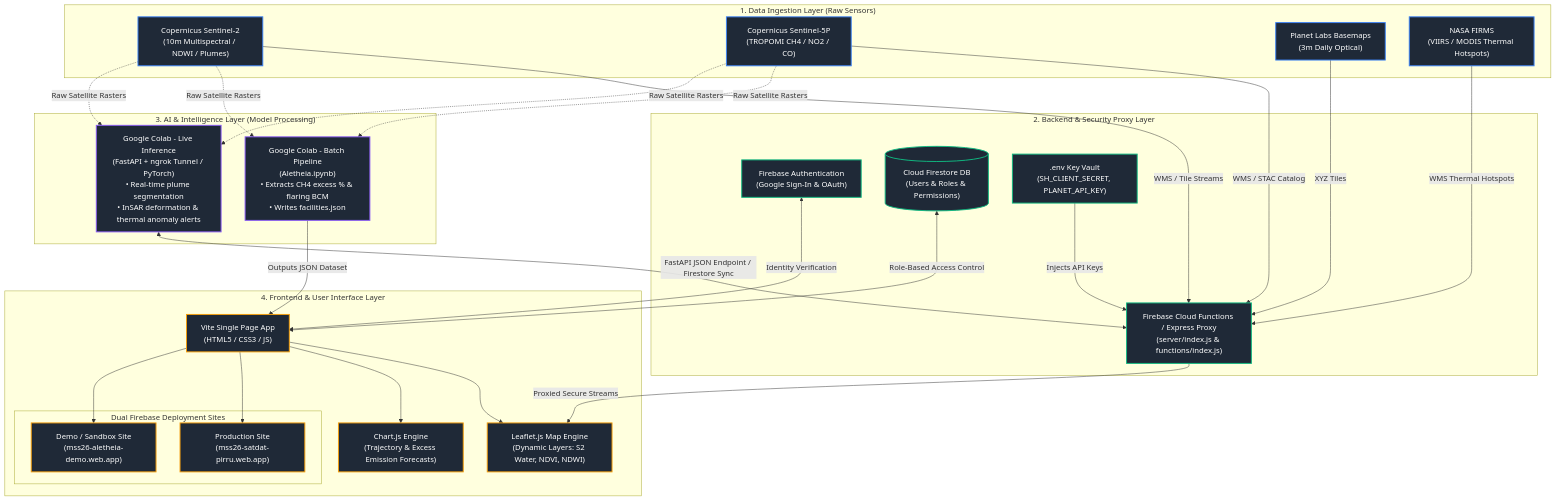
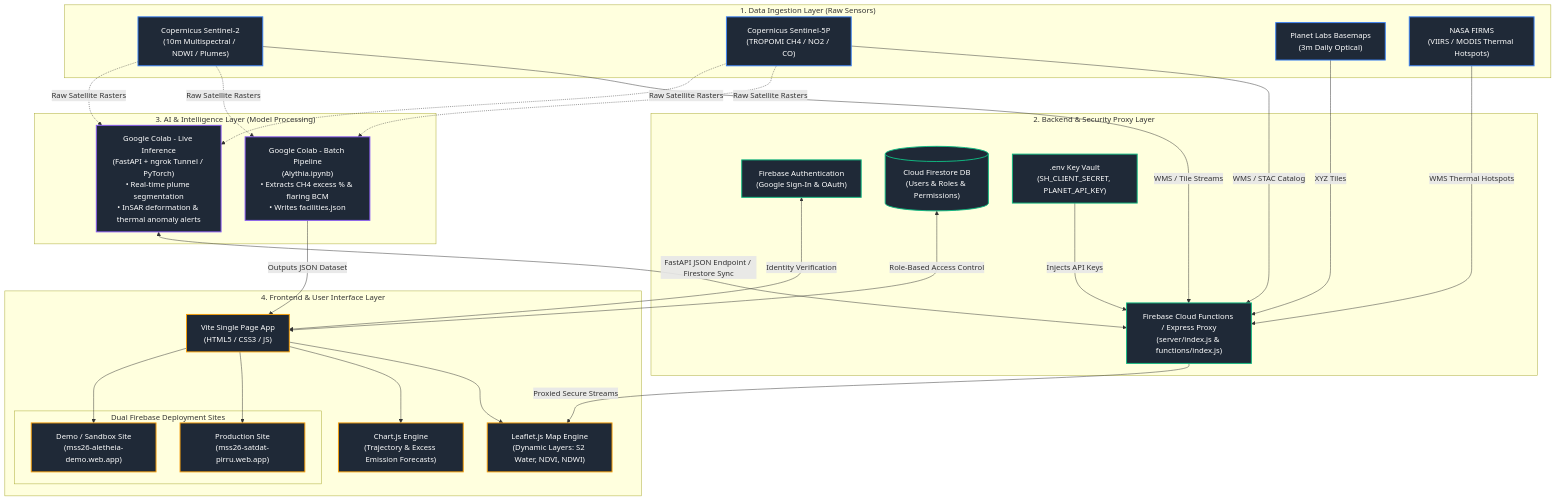
Before and after one commit to pirru1004/Aletheia: the diagram in ARCHITECTURE.md, drawn with Mermaid. The commit also changed other lines of this file and 12 other files, not shown here.

````diff
--- a/ARCHITECTURE.md
+++ b/ARCHITECTURE.md
@@ -9,62 +9,62 @@
 ```mermaid
 flowchart TD
     %% Define Styles
     classDef dataLayer fill:#1f2937,stroke:#3b82f6,stroke-width:2px,color:#fff
     classDef backendLayer fill:#1f2937,stroke:#10b981,stroke-width:2px,color:#fff
     classDef aiLayer fill:#1f2937,stroke:#8b5cf6,stroke-width:2px,color:#fff
     classDef frontLayer fill:#1f2937,stroke:#f59e0b,stroke-width:2px,color:#fff
 
     subgraph L1["1. Data Ingestion Layer (Raw Sensors)"]
         S2["Copernicus Sentinel-2<br/>(10m Multispectral / NDWI / Plumes)"]:::dataLayer
         S5P["Copernicus Sentinel-5P<br/>(TROPOMI CH4 / NO2 / CO)"]:::dataLayer
         PL["Planet Labs Basemaps<br/>(3m Daily Optical)"]:::dataLayer
         FIRMS["NASA FIRMS<br/>(VIIRS / MODIS Thermal Hotspots)"]:::dataLayer
     end
 
     subgraph L2["2. Backend & Security Proxy Layer"]
         FUNC["Firebase Cloud Functions / Express Proxy<br/>(server/index.js & functions/index.js)"]:::backendLayer
         AUTH["Firebase Authentication<br/>(Google Sign-In & OAuth)"]:::backendLayer
         DB[("Cloud Firestore DB<br/>(Users & Roles & Permissions)")]:::backendLayer
         ENV[".env Key Vault<br/>(SH_CLIENT_SECRET, PLANET_API_KEY)"]:::backendLayer
     end
 
     subgraph L3["3. AI & Intelligence Layer (Model Processing)"]
-        COLAB_BATCH["Google Colab - Batch Pipeline<br/>(Aletheia.ipynb)<br/>• Extracts CH4 excess % & flaring BCM<br/>• Writes facilities.json"]:::aiLayer
+        COLAB_BATCH["Google Colab - Batch Pipeline<br/>(Alythia.ipynb)<br/>• Extracts CH4 excess % & flaring BCM<br/>• Writes facilities.json"]:::aiLayer
         COLAB_LIVE["Google Colab - Live Inference<br/>(FastAPI + ngrok Tunnel / PyTorch)<br/>• Real-time plume segmentation<br/>• InSAR deformation & thermal anomaly alerts"]:::aiLayer
     end
 
     subgraph L4["4. Frontend & User Interface Layer"]
         VITE["Vite Single Page App<br/>(HTML5 / CSS3 / JS)"]:::frontLayer
         LEAFLET["Leaflet.js Map Engine<br/>(Dynamic Layers: S2 Water, NDVI, NDWI)"]:::frontLayer
         CHARTS["Chart.js Engine<br/>(Trajectory & Excess Emission Forecasts)"]:::frontLayer
         
         subgraph SITES["Dual Firebase Deployment Sites"]
             PROD["Production Site<br/>(mss26-satdat-pirru.web.app)"]:::frontLayer
             DEMO["Demo / Sandbox Site<br/>(mss26-aletheia-demo.web.app)"]:::frontLayer
         end
     end
 
     %% Data Connections
     S2 -->|WMS / Tile Streams| FUNC
     S5P -->|WMS / STAC Catalog| FUNC
     PL -->|XYZ Tiles| FUNC
     FIRMS -->|WMS Thermal Hotspots| FUNC
 
     ENV -->|Injects API Keys| FUNC
     FUNC -->|Proxied Secure Streams| LEAFLET
 
     %% Intelligence Connections
     S2 & S5P -.->|Raw Satellite Rasters| COLAB_BATCH
     S2 & S5P -.->|Raw Satellite Rasters| COLAB_LIVE
     COLAB_BATCH -->|Outputs JSON Dataset| VITE
     COLAB_LIVE <-->|FastAPI JSON Endpoint / Firestore Sync| FUNC
 
     %% Auth & User Permissions
     AUTH <-->|Identity Verification| VITE
     DB <-->|Role-Based Access Control| VITE
 
     %% UI Components
     VITE --> LEAFLET
     VITE --> CHARTS
     VITE --> PROD & DEMO
 ```
````
